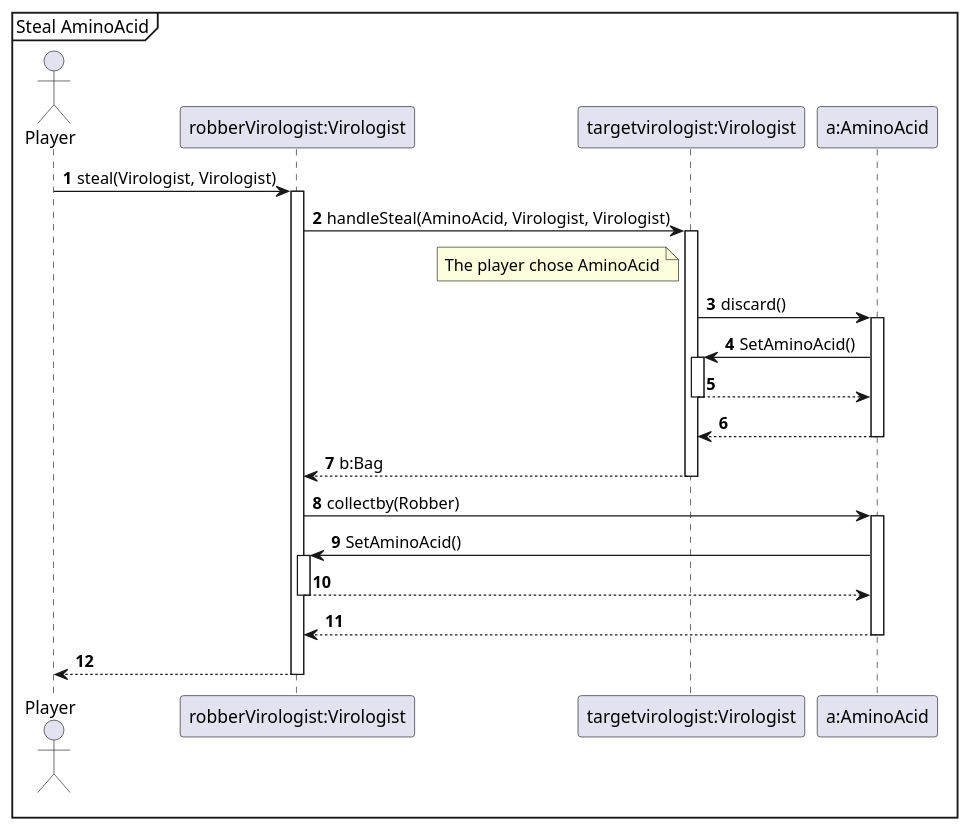
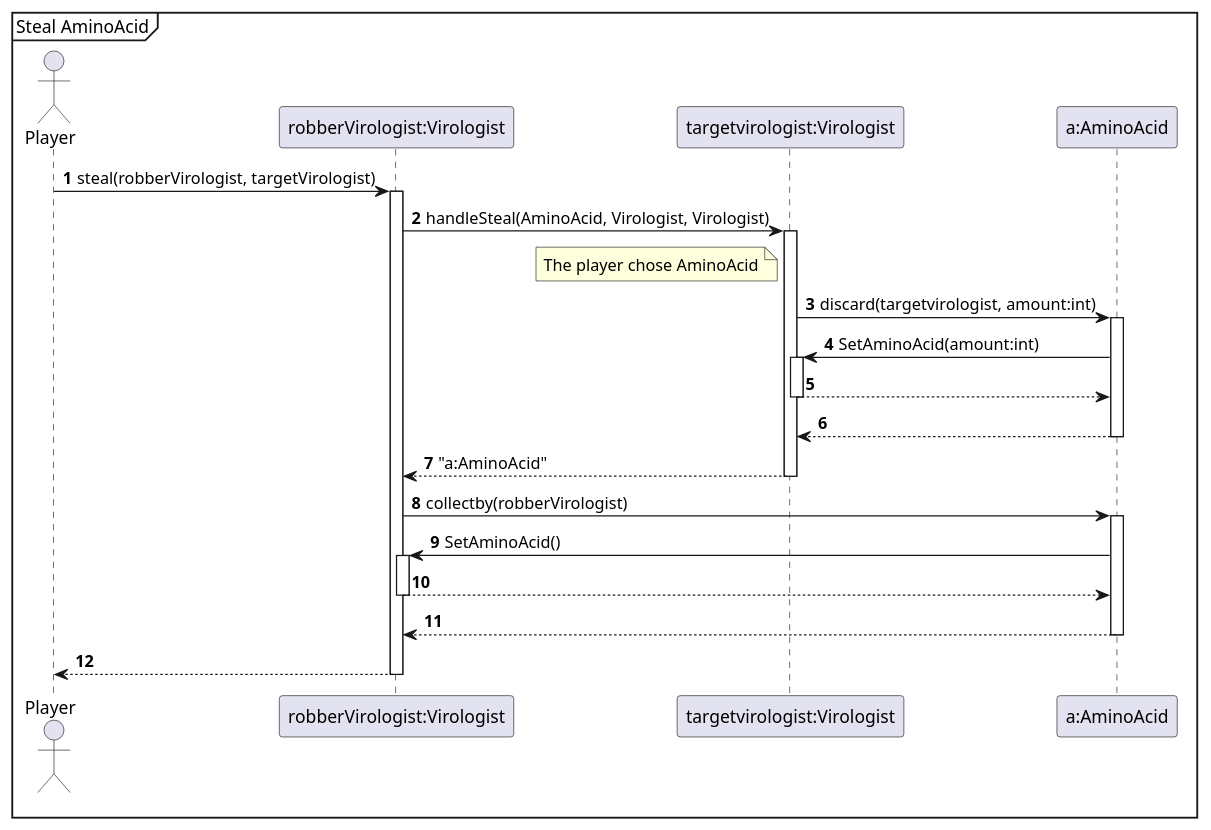
Before and after one commit to Projlab-csb/projlab-virologus: the diagram in Exact Sequence-diagrams/StealAminoAcid.puml, drawn with PlantUML. The commit also changed 4 other files, not shown here.

Commit message:
Little changes in sequences

```diff
--- a/Exact Sequence-diagrams/StealAminoAcid.puml
+++ b/Exact Sequence-diagrams/StealAminoAcid.puml
@@ -1,33 +1,33 @@
 @startuml
 'https://plantuml.com/sequence-diagram
 autonumber
 
 mainframe Steal AminoAcid
 
 actor Player
 
-Player -> "robberVirologist:Virologist"++: steal(Virologist, Virologist)
+Player -> "robberVirologist:Virologist"++: steal(robberVirologist, targetVirologist)
 
 
 "robberVirologist:Virologist" -> "targetvirologist:Virologist"++: handleSteal(AminoAcid, Virologist, Virologist)
 
 
 
         note left "targetvirologist:Virologist"
             The player chose AminoAcid
         end note
 
-        "targetvirologist:Virologist"->"a:AminoAcid"++:discard()
-        "a:AminoAcid"->"targetvirologist:Virologist"++:SetAminoAcid()
+        "targetvirologist:Virologist"->"a:AminoAcid"++:discard(targetvirologist, amount:int)
+        "a:AminoAcid"->"targetvirologist:Virologist"++:SetAminoAcid(amount:int)
         "targetvirologist:Virologist"-->"a:AminoAcid"--
         "a:AminoAcid"-->"targetvirologist:Virologist"--
 
-    "targetvirologist:Virologist" -->"robberVirologist:Virologist"--: b:Bag
-    "robberVirologist:Virologist"->"a:AminoAcid"++:collectby(Robber)
+    "targetvirologist:Virologist" -->"robberVirologist:Virologist"--: "a:AminoAcid"
+    "robberVirologist:Virologist"->"a:AminoAcid"++:collectby(robberVirologist)
       "a:AminoAcid"->"robberVirologist:Virologist"++:SetAminoAcid()
        "robberVirologist:Virologist"-->"a:AminoAcid"--
     "a:AminoAcid"-->"robberVirologist:Virologist"--:
 
 
 "robberVirologist:Virologist" --> Player --
 @enduml
```
